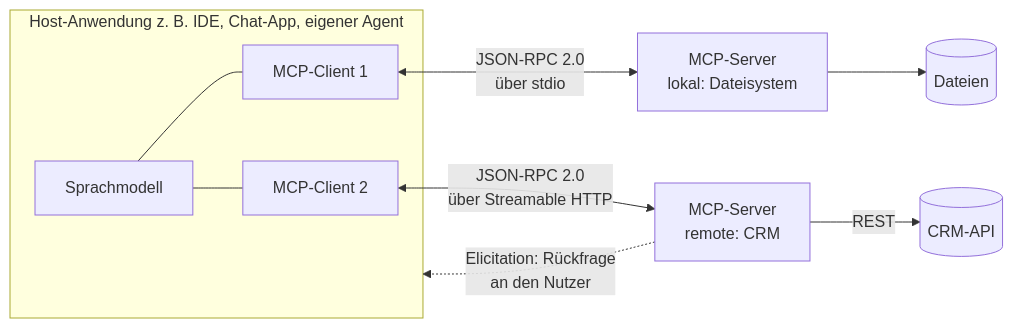
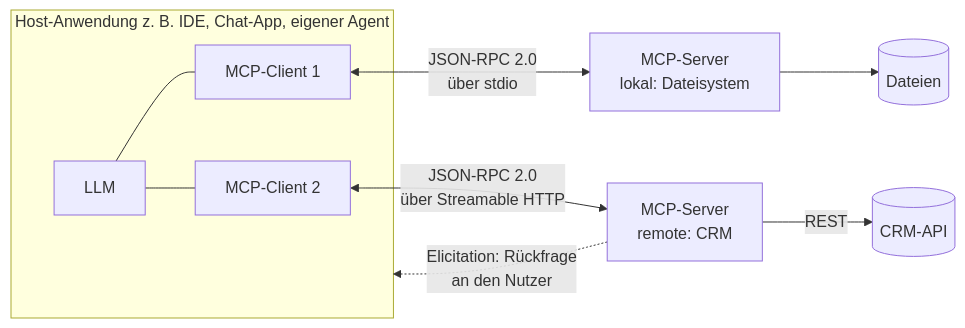
One commit to org-felix-paul/felix-paul-website changed the third of 13 diagrams in src/blog/content/posts/agentic-protocols-compared.md. Above: the diagram before and after it, drawn with Mermaid. The commit also changed other lines of this file, not shown here.

````diff
--- a/src/blog/content/posts/agentic-protocols-compared.md
+++ b/src/blog/content/posts/agentic-protocols-compared.md
@@ -326,15 +326,15 @@
 ```mermaid
 flowchart LR
     subgraph HOST[Host-Anwendung z. B. IDE, Chat-App, eigener Agent]
-        LLM[Sprachmodell]
+        LLM[LLM]
         C1[MCP-Client 1]
         C2[MCP-Client 2]
         LLM --- C1
         LLM --- C2
     end
     C1 <-->|"JSON-RPC 2.0<br/>über stdio"| S1[MCP-Server<br/>lokal: Dateisystem]
     C2 <-->|"JSON-RPC 2.0<br/>über Streamable HTTP"| S2[MCP-Server<br/>remote: CRM]
     S1 --> D1[(Dateien)]
     S2 -->|REST| D2[(CRM-API)]
     S2 -. "Elicitation: Rückfrage<br/>an den Nutzer" .-> HOST
 ```
````
